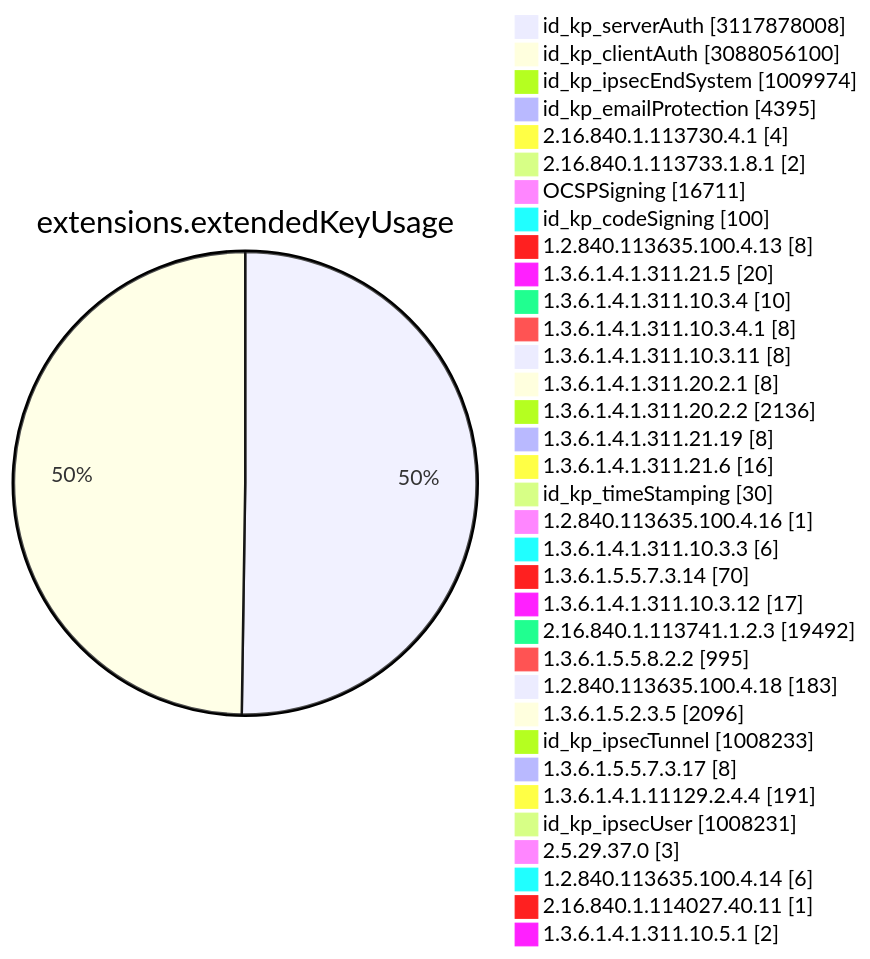
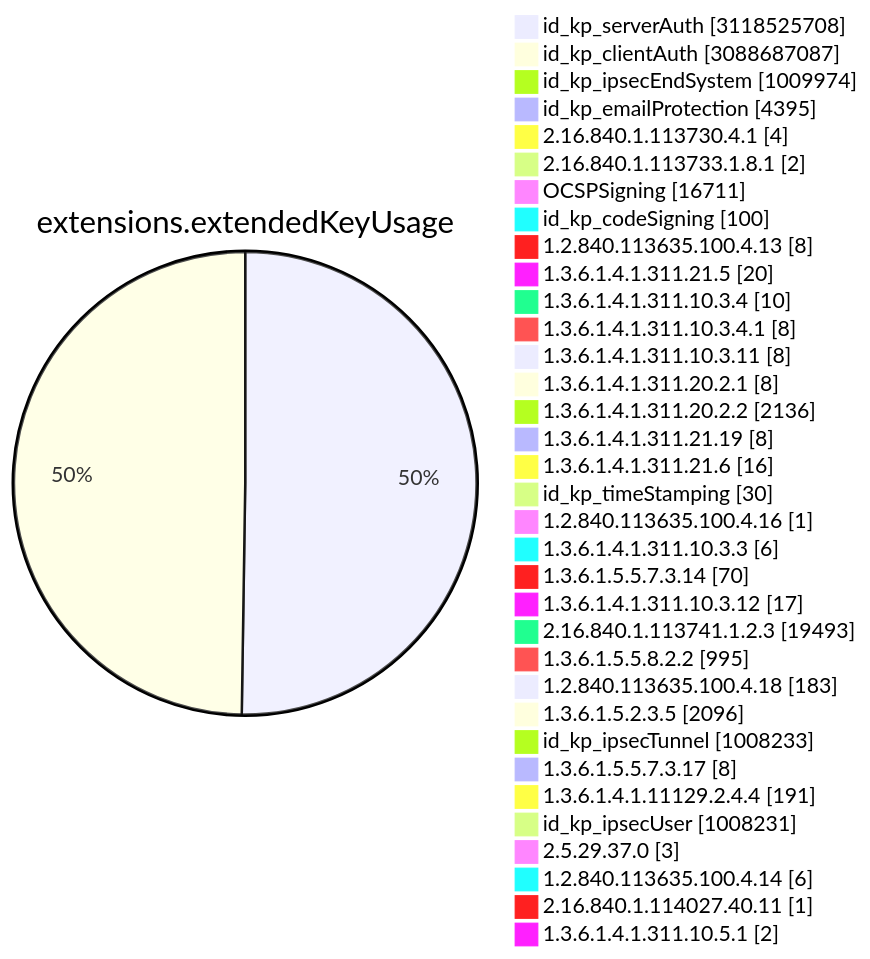
One commit to christiankrug/ctmonitor_visualization changed diagram 11 of 15 in TOTAL/README.md. Above: the diagram before and after it, drawn with Mermaid. The commit also changed other lines of this file, not shown here.

````diff
--- a/TOTAL/README.md
+++ b/TOTAL/README.md
@@ -4119,38 +4119,38 @@
 ```mermaid
 pie showData
 title extensions.extendedKeyUsage
-"id_kp_serverAuth" :3117878008
-"id_kp_clientAuth" :3088056100
+"id_kp_serverAuth" :3118525708
+"id_kp_clientAuth" :3088687087
 "id_kp_ipsecEndSystem" :1009974
 "id_kp_emailProtection" :4395
 "2.16.840.1.113730.4.1" :4
 "2.16.840.1.113733.1.8.1" :2
 "OCSPSigning" :16711
 "id_kp_codeSigning" :100
 "1.2.840.113635.100.4.13" :8
 "1.3.6.1.4.1.311.21.5" :20
 "1.3.6.1.4.1.311.10.3.4" :10
 "1.3.6.1.4.1.311.10.3.4.1" :8
 "1.3.6.1.4.1.311.10.3.11" :8
 "1.3.6.1.4.1.311.20.2.1" :8
 "1.3.6.1.4.1.311.20.2.2" :2136
 "1.3.6.1.4.1.311.21.19" :8
 "1.3.6.1.4.1.311.21.6" :16
 "id_kp_timeStamping" :30
 "1.2.840.113635.100.4.16" :1
 "1.3.6.1.4.1.311.10.3.3" :6
 "1.3.6.1.5.5.7.3.14" :70
 "1.3.6.1.4.1.311.10.3.12" :17
-"2.16.840.1.113741.1.2.3" :19492
+"2.16.840.1.113741.1.2.3" :19493
 "1.3.6.1.5.5.8.2.2" :995
 "1.2.840.113635.100.4.18" :183
 "1.3.6.1.5.2.3.5" :2096
 "id_kp_ipsecTunnel" :1008233
 "1.3.6.1.5.5.7.3.17" :8
 "1.3.6.1.4.1.11129.2.4.4" :191
 "id_kp_ipsecUser" :1008231
 "2.5.29.37.0" :3
 "1.2.840.113635.100.4.14" :6
 "2.16.840.1.114027.40.11" :1
 "1.3.6.1.4.1.311.10.5.1" :2
 ```
````
